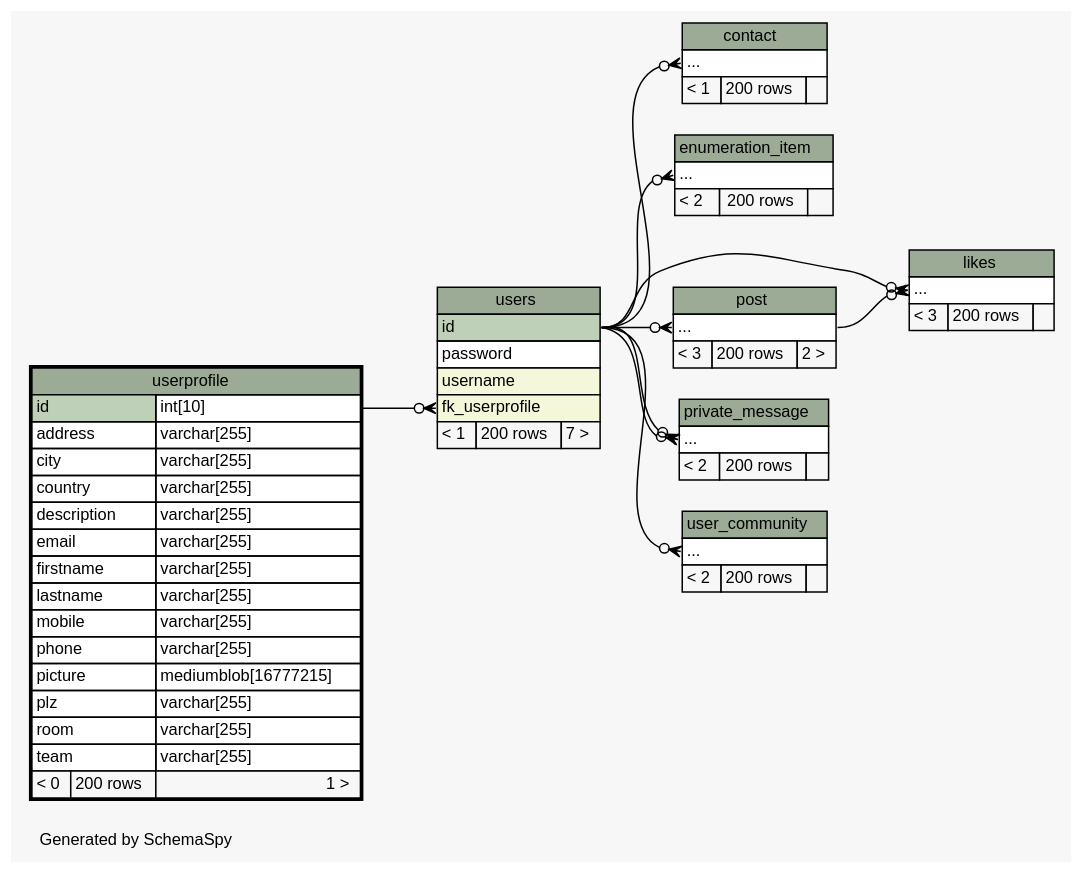
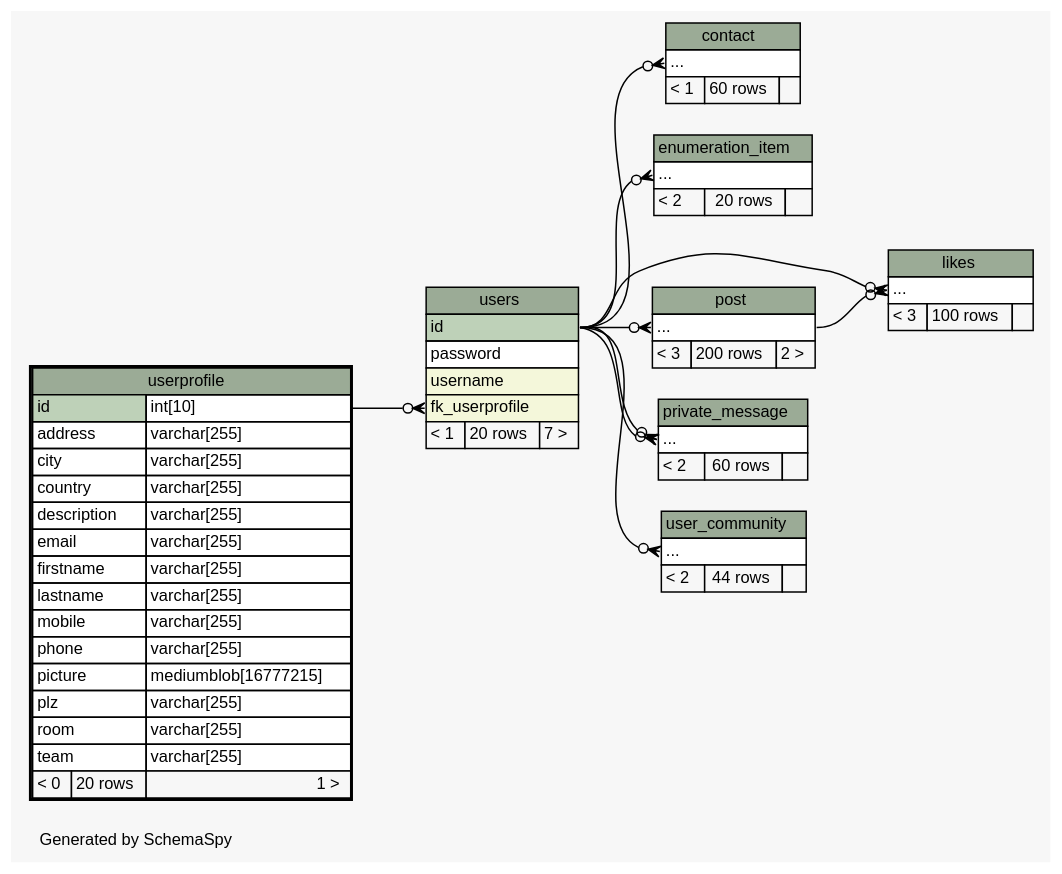
The diagram in doc/db_schema/diagrams/userprofile.2degrees.dot (chr-krenn/chr-krenn-fhj-ws2017-sd17-pse), drawn with Graphviz before and after one commit. The commit also changed 65 other files, not shown here.

```diff
--- a/doc/db_schema/diagrams/userprofile.2degrees.dot
+++ b/doc/db_schema/diagrams/userprofile.2degrees.dot
@@ -1,127 +1,127 @@
 // dot 2.40.1 on Linux 4.12.5-300.fc26.x86_64
 // SchemaSpy rev 590
 digraph "twoDegreesRelationshipsDiagram" {
   graph [
     rankdir="RL"
     bgcolor="#f7f7f7"
     label="\nGenerated by SchemaSpy"
     labeljust="l"
     nodesep="0.18"
     ranksep="0.46"
     fontname="Helvetica"
     fontsize="11"
   ];
   node [
     fontname="Helvetica"
     fontsize="11"
     shape="plaintext"
   ];
   edge [
     arrowsize="0.8"
   ];
   "contact":"elipses":w -> "users":"id":e [arrowhead=none dir=back arrowtail=crowodot];
   "enumeration_item":"elipses":w -> "users":"id":e [arrowhead=none dir=back arrowtail=crowodot];
   "likes":"elipses":w -> "post":"elipses":e [arrowhead=none dir=back arrowtail=crowodot];
   "likes":"elipses":w -> "users":"id":e [arrowhead=none dir=back arrowtail=crowodot];
   "post":"elipses":w -> "users":"id":e [arrowhead=none dir=back arrowtail=crowodot];
   "private_message":"elipses":w -> "users":"id":e [arrowhead=none dir=back arrowtail=crowodot];
   "private_message":"elipses":w -> "users":"id":e [arrowhead=none dir=back arrowtail=crowodot];
   "user_community":"elipses":w -> "users":"id":e [arrowhead=none dir=back arrowtail=crowodot];
   "users":"fk_userprofile":w -> "userprofile":"id.type":e [arrowhead=none dir=back arrowtail=crowodot];
   "contact" [
     label=<
     <TABLE BORDER="0" CELLBORDER="1" CELLSPACING="0" BGCOLOR="#ffffff">
       <TR><TD COLSPAN="3" BGCOLOR="#9bab96" ALIGN="CENTER">contact</TD></TR>
       <TR><TD PORT="elipses" COLSPAN="3" ALIGN="LEFT">...</TD></TR>
-      <TR><TD ALIGN="LEFT" BGCOLOR="#f7f7f7">&lt; 1</TD><TD ALIGN="RIGHT" BGCOLOR="#f7f7f7">200 rows</TD><TD ALIGN="RIGHT" BGCOLOR="#f7f7f7">  </TD></TR>
+      <TR><TD ALIGN="LEFT" BGCOLOR="#f7f7f7">&lt; 1</TD><TD ALIGN="RIGHT" BGCOLOR="#f7f7f7">60 rows</TD><TD ALIGN="RIGHT" BGCOLOR="#f7f7f7">  </TD></TR>
     </TABLE>>
     URL="contact.html"
     tooltip="contact"
   ];
   "enumeration_item" [
     label=<
     <TABLE BORDER="0" CELLBORDER="1" CELLSPACING="0" BGCOLOR="#ffffff">
       <TR><TD COLSPAN="3" BGCOLOR="#9bab96" ALIGN="CENTER">enumeration_item</TD></TR>
       <TR><TD PORT="elipses" COLSPAN="3" ALIGN="LEFT">...</TD></TR>
-      <TR><TD ALIGN="LEFT" BGCOLOR="#f7f7f7">&lt; 2</TD><TD ALIGN="RIGHT" BGCOLOR="#f7f7f7">200 rows</TD><TD ALIGN="RIGHT" BGCOLOR="#f7f7f7">  </TD></TR>
+      <TR><TD ALIGN="LEFT" BGCOLOR="#f7f7f7">&lt; 2</TD><TD ALIGN="RIGHT" BGCOLOR="#f7f7f7">20 rows</TD><TD ALIGN="RIGHT" BGCOLOR="#f7f7f7">  </TD></TR>
     </TABLE>>
     URL="enumeration_item.html"
     tooltip="enumeration_item"
   ];
   "likes" [
     label=<
     <TABLE BORDER="0" CELLBORDER="1" CELLSPACING="0" BGCOLOR="#ffffff">
       <TR><TD COLSPAN="3" BGCOLOR="#9bab96" ALIGN="CENTER">likes</TD></TR>
       <TR><TD PORT="elipses" COLSPAN="3" ALIGN="LEFT">...</TD></TR>
-      <TR><TD ALIGN="LEFT" BGCOLOR="#f7f7f7">&lt; 3</TD><TD ALIGN="RIGHT" BGCOLOR="#f7f7f7">200 rows</TD><TD ALIGN="RIGHT" BGCOLOR="#f7f7f7">  </TD></TR>
+      <TR><TD ALIGN="LEFT" BGCOLOR="#f7f7f7">&lt; 3</TD><TD ALIGN="RIGHT" BGCOLOR="#f7f7f7">100 rows</TD><TD ALIGN="RIGHT" BGCOLOR="#f7f7f7">  </TD></TR>
     </TABLE>>
     URL="likes.html"
     tooltip="likes"
   ];
   "post" [
     label=<
     <TABLE BORDER="0" CELLBORDER="1" CELLSPACING="0" BGCOLOR="#ffffff">
       <TR><TD COLSPAN="3" BGCOLOR="#9bab96" ALIGN="CENTER">post</TD></TR>
       <TR><TD PORT="elipses" COLSPAN="3" ALIGN="LEFT">...</TD></TR>
       <TR><TD ALIGN="LEFT" BGCOLOR="#f7f7f7">&lt; 3</TD><TD ALIGN="RIGHT" BGCOLOR="#f7f7f7">200 rows</TD><TD ALIGN="RIGHT" BGCOLOR="#f7f7f7">2 &gt;</TD></TR>
     </TABLE>>
     URL="post.html"
     tooltip="post"
   ];
   "private_message" [
     label=<
     <TABLE BORDER="0" CELLBORDER="1" CELLSPACING="0" BGCOLOR="#ffffff">
       <TR><TD COLSPAN="3" BGCOLOR="#9bab96" ALIGN="CENTER">private_message</TD></TR>
       <TR><TD PORT="elipses" COLSPAN="3" ALIGN="LEFT">...</TD></TR>
-      <TR><TD ALIGN="LEFT" BGCOLOR="#f7f7f7">&lt; 2</TD><TD ALIGN="RIGHT" BGCOLOR="#f7f7f7">200 rows</TD><TD ALIGN="RIGHT" BGCOLOR="#f7f7f7">  </TD></TR>
+      <TR><TD ALIGN="LEFT" BGCOLOR="#f7f7f7">&lt; 2</TD><TD ALIGN="RIGHT" BGCOLOR="#f7f7f7">60 rows</TD><TD ALIGN="RIGHT" BGCOLOR="#f7f7f7">  </TD></TR>
     </TABLE>>
     URL="private_message.html"
     tooltip="private_message"
   ];
   "user_community" [
     label=<
     <TABLE BORDER="0" CELLBORDER="1" CELLSPACING="0" BGCOLOR="#ffffff">
       <TR><TD COLSPAN="3" BGCOLOR="#9bab96" ALIGN="CENTER">user_community</TD></TR>
       <TR><TD PORT="elipses" COLSPAN="3" ALIGN="LEFT">...</TD></TR>
-      <TR><TD ALIGN="LEFT" BGCOLOR="#f7f7f7">&lt; 2</TD><TD ALIGN="RIGHT" BGCOLOR="#f7f7f7">200 rows</TD><TD ALIGN="RIGHT" BGCOLOR="#f7f7f7">  </TD></TR>
+      <TR><TD ALIGN="LEFT" BGCOLOR="#f7f7f7">&lt; 2</TD><TD ALIGN="RIGHT" BGCOLOR="#f7f7f7">44 rows</TD><TD ALIGN="RIGHT" BGCOLOR="#f7f7f7">  </TD></TR>
     </TABLE>>
     URL="user_community.html"
     tooltip="user_community"
   ];
   "userprofile" [
     label=<
     <TABLE BORDER="2" CELLBORDER="1" CELLSPACING="0" BGCOLOR="#ffffff">
       <TR><TD COLSPAN="3" BGCOLOR="#9bab96" ALIGN="CENTER">userprofile</TD></TR>
       <TR><TD PORT="id" COLSPAN="2" BGCOLOR="#bed1b8" ALIGN="LEFT">id</TD><TD PORT="id.type" ALIGN="LEFT">int[10]</TD></TR>
       <TR><TD PORT="address" COLSPAN="2" ALIGN="LEFT">address</TD><TD PORT="address.type" ALIGN="LEFT">varchar[255]</TD></TR>
       <TR><TD PORT="city" COLSPAN="2" ALIGN="LEFT">city</TD><TD PORT="city.type" ALIGN="LEFT">varchar[255]</TD></TR>
       <TR><TD PORT="country" COLSPAN="2" ALIGN="LEFT">country</TD><TD PORT="country.type" ALIGN="LEFT">varchar[255]</TD></TR>
       <TR><TD PORT="description" COLSPAN="2" ALIGN="LEFT">description</TD><TD PORT="description.type" ALIGN="LEFT">varchar[255]</TD></TR>
       <TR><TD PORT="email" COLSPAN="2" ALIGN="LEFT">email</TD><TD PORT="email.type" ALIGN="LEFT">varchar[255]</TD></TR>
       <TR><TD PORT="firstname" COLSPAN="2" ALIGN="LEFT">firstname</TD><TD PORT="firstname.type" ALIGN="LEFT">varchar[255]</TD></TR>
       <TR><TD PORT="lastname" COLSPAN="2" ALIGN="LEFT">lastname</TD><TD PORT="lastname.type" ALIGN="LEFT">varchar[255]</TD></TR>
       <TR><TD PORT="mobile" COLSPAN="2" ALIGN="LEFT">mobile</TD><TD PORT="mobile.type" ALIGN="LEFT">varchar[255]</TD></TR>
       <TR><TD PORT="phone" COLSPAN="2" ALIGN="LEFT">phone</TD><TD PORT="phone.type" ALIGN="LEFT">varchar[255]</TD></TR>
       <TR><TD PORT="picture" COLSPAN="2" ALIGN="LEFT">picture</TD><TD PORT="picture.type" ALIGN="LEFT">mediumblob[16777215]</TD></TR>
       <TR><TD PORT="plz" COLSPAN="2" ALIGN="LEFT">plz</TD><TD PORT="plz.type" ALIGN="LEFT">varchar[255]</TD></TR>
       <TR><TD PORT="room" COLSPAN="2" ALIGN="LEFT">room</TD><TD PORT="room.type" ALIGN="LEFT">varchar[255]</TD></TR>
       <TR><TD PORT="team" COLSPAN="2" ALIGN="LEFT">team</TD><TD PORT="team.type" ALIGN="LEFT">varchar[255]</TD></TR>
-      <TR><TD ALIGN="LEFT" BGCOLOR="#f7f7f7">&lt; 0</TD><TD ALIGN="RIGHT" BGCOLOR="#f7f7f7">200 rows</TD><TD ALIGN="RIGHT" BGCOLOR="#f7f7f7">1 &gt;</TD></TR>
+      <TR><TD ALIGN="LEFT" BGCOLOR="#f7f7f7">&lt; 0</TD><TD ALIGN="RIGHT" BGCOLOR="#f7f7f7">20 rows</TD><TD ALIGN="RIGHT" BGCOLOR="#f7f7f7">1 &gt;</TD></TR>
     </TABLE>>
     URL="userprofile.html"
     tooltip="userprofile"
   ];
   "users" [
     label=<
     <TABLE BORDER="0" CELLBORDER="1" CELLSPACING="0" BGCOLOR="#ffffff">
       <TR><TD COLSPAN="3" BGCOLOR="#9bab96" ALIGN="CENTER">users</TD></TR>
       <TR><TD PORT="id" COLSPAN="3" BGCOLOR="#bed1b8" ALIGN="LEFT">id</TD></TR>
       <TR><TD PORT="password" COLSPAN="3" ALIGN="LEFT">password</TD></TR>
       <TR><TD PORT="username" COLSPAN="3" BGCOLOR="#f4f7da" ALIGN="LEFT">username</TD></TR>
       <TR><TD PORT="fk_userprofile" COLSPAN="3" BGCOLOR="#f4f7da" ALIGN="LEFT">fk_userprofile</TD></TR>
-      <TR><TD ALIGN="LEFT" BGCOLOR="#f7f7f7">&lt; 1</TD><TD ALIGN="RIGHT" BGCOLOR="#f7f7f7">200 rows</TD><TD ALIGN="RIGHT" BGCOLOR="#f7f7f7">7 &gt;</TD></TR>
+      <TR><TD ALIGN="LEFT" BGCOLOR="#f7f7f7">&lt; 1</TD><TD ALIGN="RIGHT" BGCOLOR="#f7f7f7">20 rows</TD><TD ALIGN="RIGHT" BGCOLOR="#f7f7f7">7 &gt;</TD></TR>
     </TABLE>>
     URL="users.html"
     tooltip="users"
   ];
 }
```
